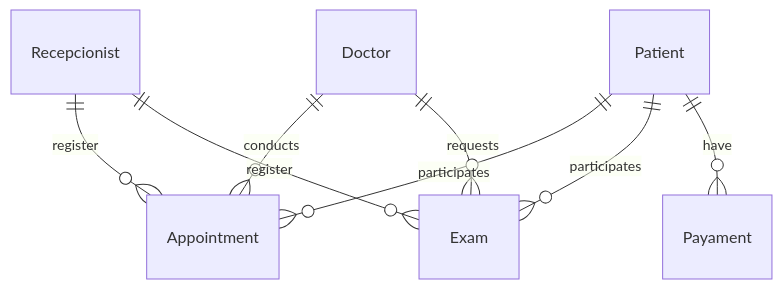
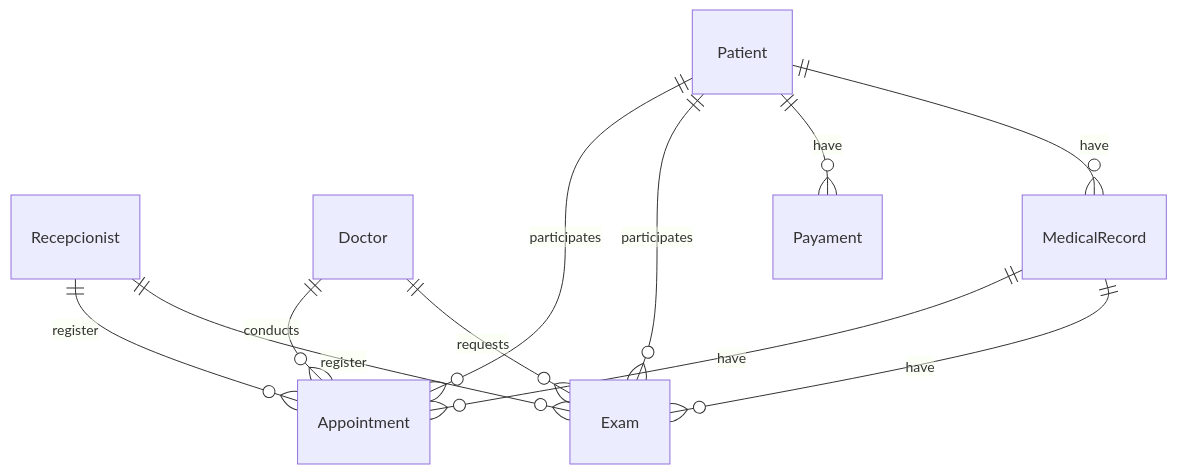
The second of 2 diagrams in docs/doc-modelos.md (joanmdrs/sigcli), drawn with Mermaid before and after one commit. The commit also changed other lines of this file, not shown here.

Commit message:
Implementando entidade e dicionário de dados MedicalRecord #105

````diff
--- a/docs/doc-modelos.md
+++ b/docs/doc-modelos.md
@@ -157,10 +157,13 @@
 ```mermaid
 erDiagram
     Recepcionist ||--o{ Appointment : register
     Recepcionist ||--o{ Exam : register
     Doctor ||--o{ Appointment : conducts
     Patient ||--o{ Appointment : participates
     Patient ||--o{ Exam : participates
     Patient ||--o{ Payament : have
+    Patient ||--o{ MedicalRecord : have
+    MedicalRecord ||--o{ Appointment : have
+    MedicalRecord ||--o{ Exam : have
     Doctor ||--o{ Exam : requests
 ```
````
